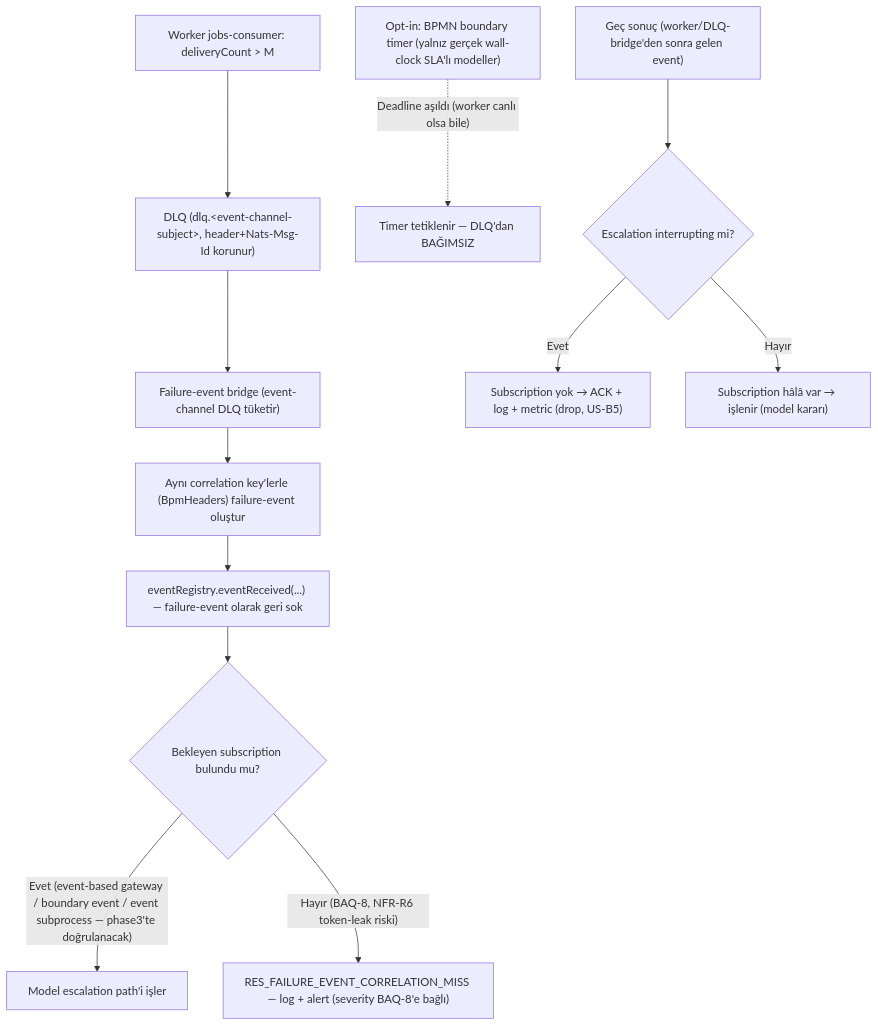
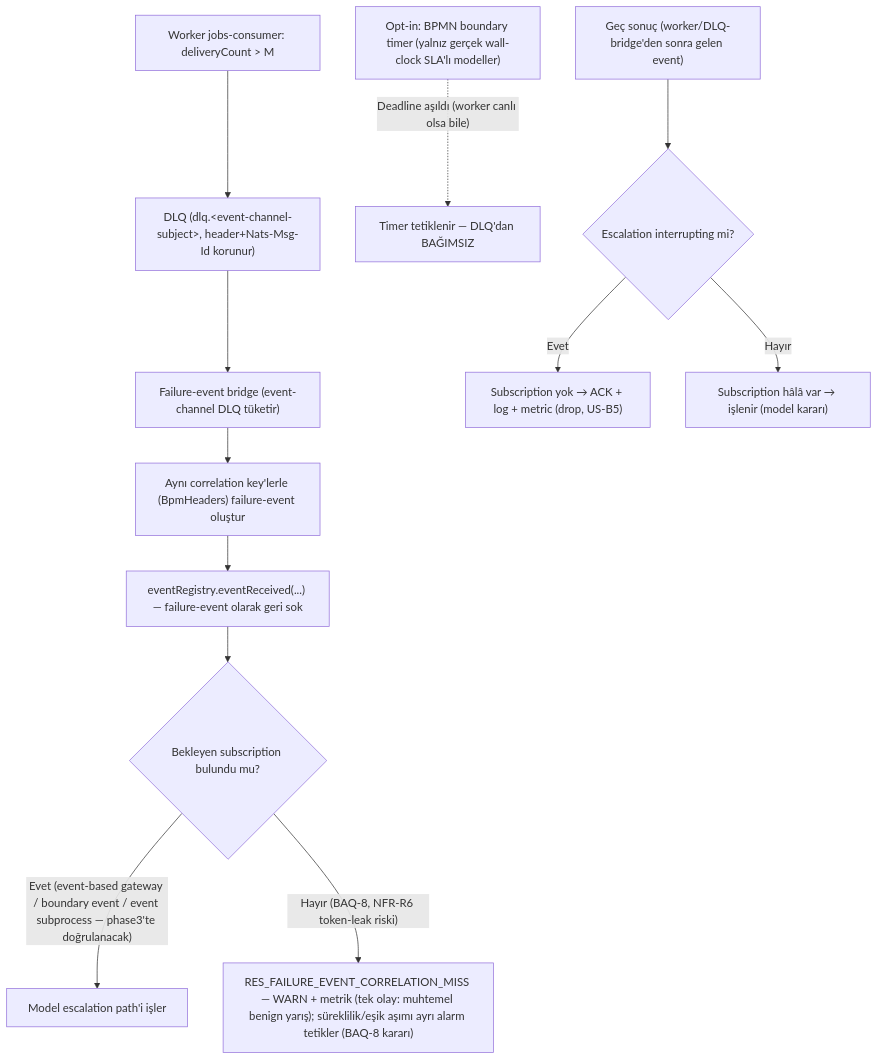
The fifth of 9 diagrams in docs/sentinel/phase2/BUSINESS_LOGIC.md (3eAI-Labs/nats-bpm-channels), drawn with Mermaid before and after one commit. The commit also changed other lines of this file and 3 other files, not shown here.

````diff
--- a/docs/sentinel/phase2/BUSINESS_LOGIC.md
+++ b/docs/sentinel/phase2/BUSINESS_LOGIC.md
@@ -110,14 +108,14 @@
 ```mermaid
 flowchart TD
     A["Worker jobs-consumer: deliveryCount &gt; M"] --> B["DLQ (dlq.&lt;event-channel-subject&gt;, header+Nats-Msg-Id korunur)"]
     B --> C["Failure-event bridge (event-channel DLQ tüketir)"]
     C --> D["Aynı correlation key'lerle (BpmHeaders) failure-event oluştur"]
     D --> E["eventRegistry.eventReceived(...) — failure-event olarak geri sok"]
     E --> F{"Bekleyen subscription bulundu mu?"}
     F -->|"Evet (event-based gateway / boundary event / event subprocess — phase3'te doğrulanacak)"| G["Model escalation path'i işler"]
-    F -->|"Hayır (BAQ-8, NFR-R6 token-leak riski)"| H["RES_FAILURE_EVENT_CORRELATION_MISS — log + alert (severity BAQ-8'e bağlı)"]
+    F -->|"Hayır (BAQ-8, NFR-R6 token-leak riski)"| H["RES_FAILURE_EVENT_CORRELATION_MISS — WARN + metrik (tek olay: muhtemel benign yarış); süreklilik/eşik aşımı ayrı alarm tetikler (BAQ-8 kararı)"]
     I["Opt-in: BPMN boundary timer (yalnız gerçek wall-clock SLA'lı modeller)"] -.->|"Deadline aşıldı (worker canlı olsa bile)"| J["Timer tetiklenir — DLQ'dan BAĞIMSIZ"]
     K["Geç sonuç (worker/DLQ-bridge'den sonra gelen event)"] --> L{"Escalation interrupting mi?"}
     L -->|Evet| M["Subscription yok → ACK + log + metric (drop, US-B5)"]
     L -->|Hayır| N["Subscription hâlâ var → işlenir (model kararı)"]
 ```
````
